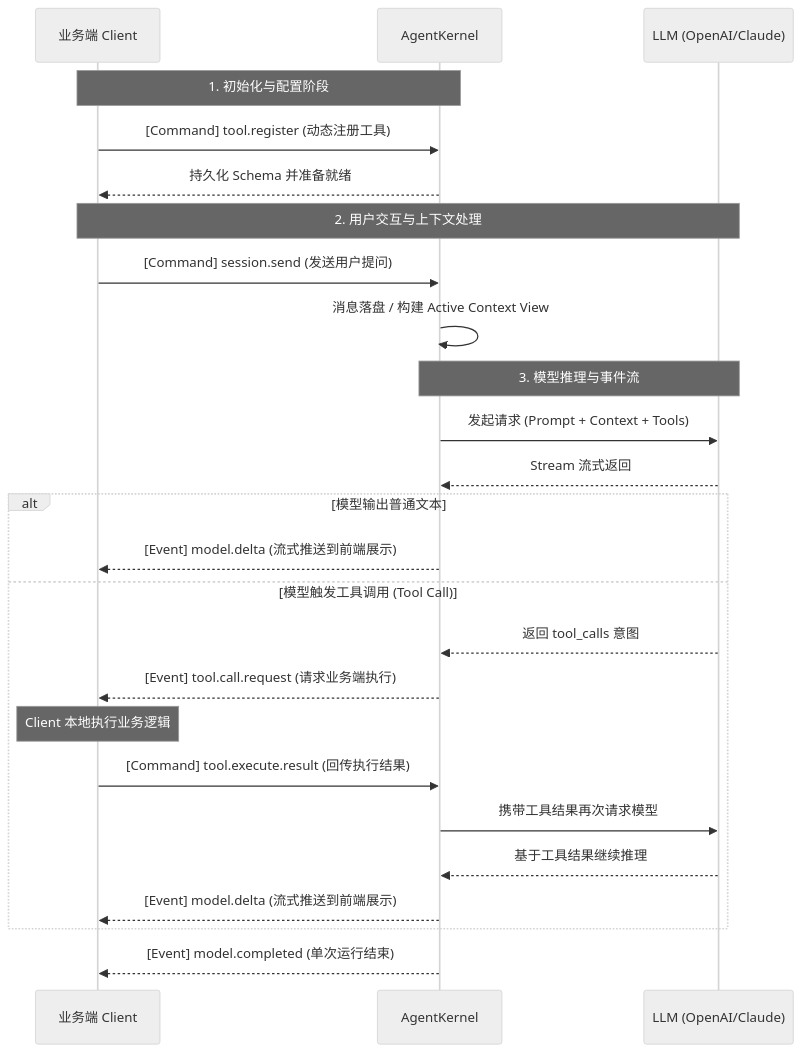
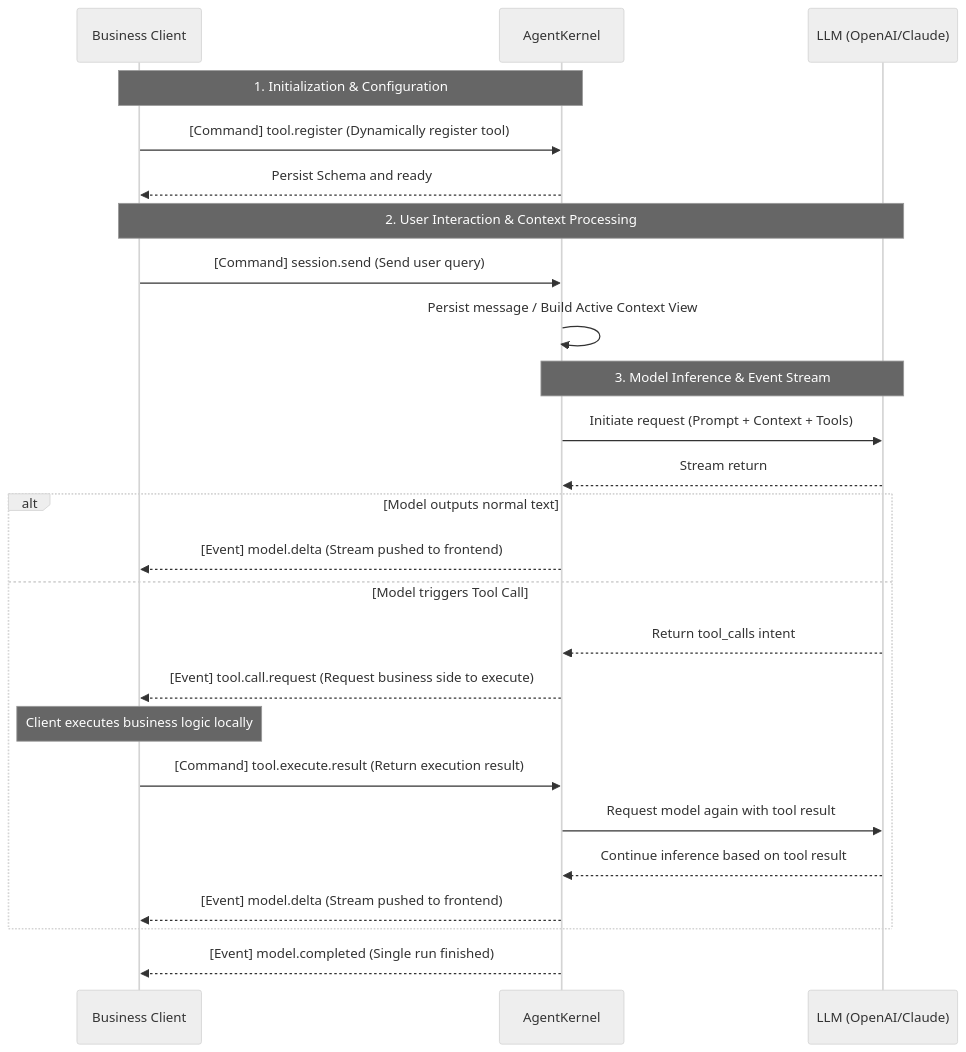
One commit to yuan71058/AgentKernel changed the second of 2 diagrams in README.md. Above: the diagram before and after it, drawn with Mermaid (neutral theme). The commit also changed other lines of this file and 1 other file, not shown here.

````diff
--- a/README.md
+++ b/README.md
@@ -68,32 +72,32 @@
 ```mermaid
 sequenceDiagram
-    participant C as 业务端 Client
+    participant C as Business Client
     participant K as AgentKernel
     participant M as LLM (OpenAI/Claude)
     
-    Note over C, K: 1. 初始化与配置阶段
-    C->>K: [Command] tool.register (动态注册工具)
-    K-->>C: 持久化 Schema 并准备就绪
+    Note over C, K: 1. Initialization & Configuration
+    C->>K: [Command] tool.register (Dynamically register tool)
+    K-->>C: Persist Schema and ready
 
-    Note over C, M: 2. 用户交互与上下文处理
-    C->>K: [Command] session.send (发送用户提问)
-    K->>K: 消息落盘 / 构建 Active Context View
+    Note over C, M: 2. User Interaction & Context Processing
+    C->>K: [Command] session.send (Send user query)
+    K->>K: Persist message / Build Active Context View
 
-    Note over K, M: 3. 模型推理与事件流
-    K->>M: 发起请求 (Prompt + Context + Tools)
-    M-->>K: Stream 流式返回
+    Note over K, M: 3. Model Inference & Event Stream
+    K->>M: Initiate request (Prompt + Context + Tools)
+    M-->>K: Stream return
 
-    alt 模型输出普通文本
-        K-->>C: [Event] model.delta (流式推送到前端展示)
-    else 模型触发工具调用 (Tool Call)
-        M-->>K: 返回 tool_calls 意图
-        K-->>C: [Event] tool.call.request (请求业务端执行)
-        Note over C: Client 本地执行业务逻辑
-        C->>K: [Command] tool.execute.result (回传执行结果)
-        K->>M: 携带工具结果再次请求模型
-        M-->>K: 基于工具结果继续推理
-        K-->>C: [Event] model.delta (流式推送到前端展示)
+    alt Model outputs normal text
+        K-->>C: [Event] model.delta (Stream pushed to frontend)
+    else Model triggers Tool Call
+        M-->>K: Return tool_calls intent
+        K-->>C: [Event] tool.call.request (Request business side to execute)
+        Note over C: Client executes business logic locally
+        C->>K: [Command] tool.execute.result (Return execution result)
+        K->>M: Request model again with tool result
+        M-->>K: Continue inference based on tool result
+        K-->>C: [Event] model.delta (Stream pushed to frontend)
     end
 
-    K-->>C: [Event] model.completed (单次运行结束)
+    K-->>C: [Event] model.completed (Single run finished)
 ```
````
